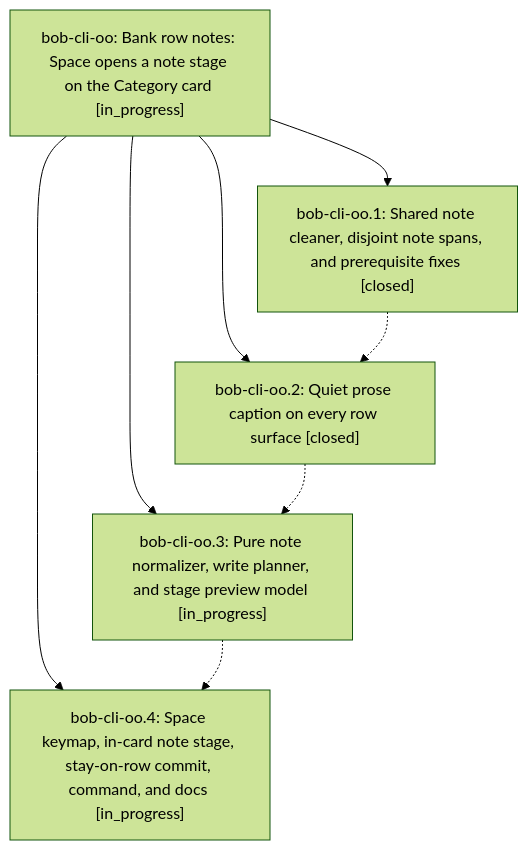
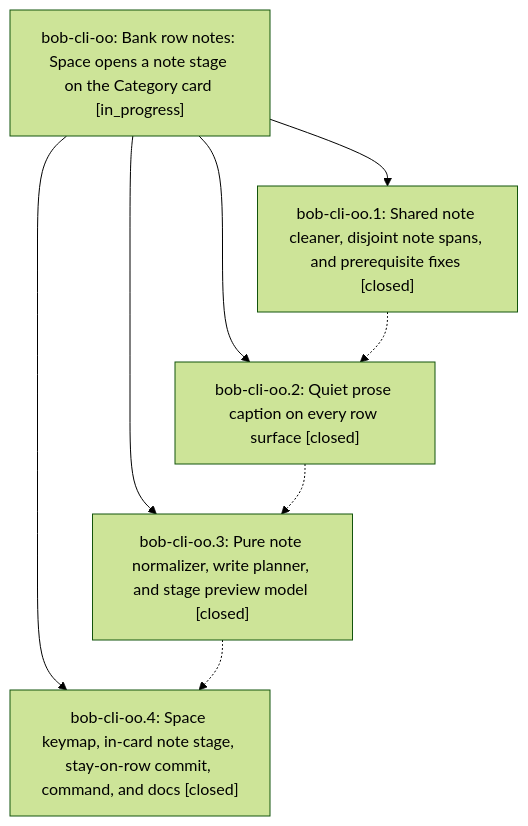
Before and after one commit to bobs-org/bob-cli--beads: the diagram in pages/bob-cli-oo/README.md, drawn with Mermaid (forest theme). The commit also changed other lines of this file and 3 other files, not shown here.

First line of the commit message:
chore(beads): sync bead state and pages for bob-cli-oo

````diff
--- a/pages/bob-cli-oo/README.md
+++ b/pages/bob-cli-oo/README.md
@@ -41,15 +43,15 @@
 ```mermaid
 flowchart TD
     n0["bob-cli-oo: Bank row notes: Space opens a note stage on the Category card [in_progress]"]
     n1["bob-cli-oo.1: Shared note cleaner, disjoint note spans, and prerequisite fixes [closed]"]
     n2["bob-cli-oo.2: Quiet prose caption on every row surface [closed]"]
-    n3["bob-cli-oo.3: Pure note normalizer, write planner, and stage preview model [in_progress]"]
-    n4["bob-cli-oo.4: Space keymap, in-card note stage, stay-on-row commit, command, and docs [in_progress]"]
+    n3["bob-cli-oo.3: Pure note normalizer, write planner, and stage preview model [closed]"]
+    n4["bob-cli-oo.4: Space keymap, in-card note stage, stay-on-row commit, command, and docs [closed]"]
     n0 --> n1
     n0 --> n2
     n0 --> n3
     n0 --> n4
     n1 -.-> n2
     n2 -.-> n3
     n3 -.-> n4
 ```
````
